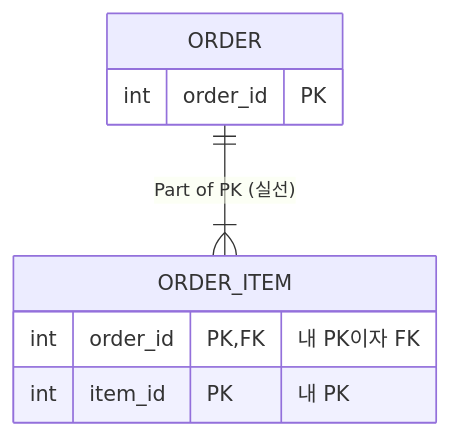
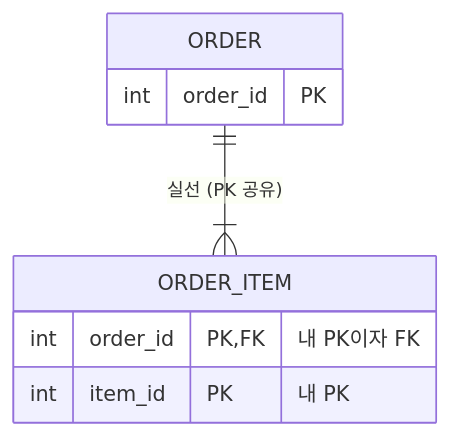
The second of 3 diagrams in 20_Wiki/21_Languages/SQL/SQL_Keys_and_Identifiers.md (hgim96715-lgtm/gong_home), drawn with Mermaid before and after one commit. The commit also changed other lines of this file and 8 other files, not shown here.

````diff
--- a/20_Wiki/21_Languages/SQL/SQL_Keys_and_Identifiers.md
+++ b/20_Wiki/21_Languages/SQL/SQL_Keys_and_Identifiers.md
@@ -137,13 +217,12 @@
 ```mermaid
 erDiagram
-    ORDER ||--|{ ORDER_ITEM : "Part of PK (실선)"
-    
+    ORDER ||--|{ ORDER_ITEM : "실선 (PK 공유)"
+
     ORDER {
         int order_id PK
     }
-    
     ORDER_ITEM {
         int order_id PK, FK "내 PK이자 FK"
-        int item_id PK "내 PK"
+        int item_id  PK    "내 PK"
     }
 ```
````
